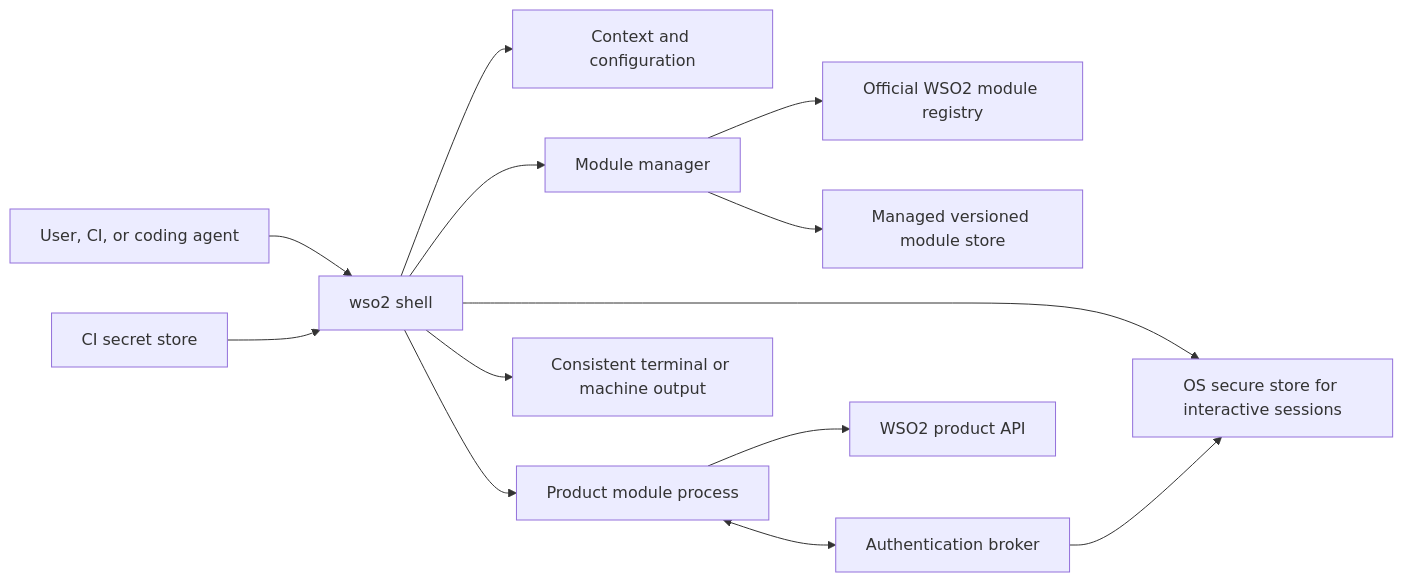
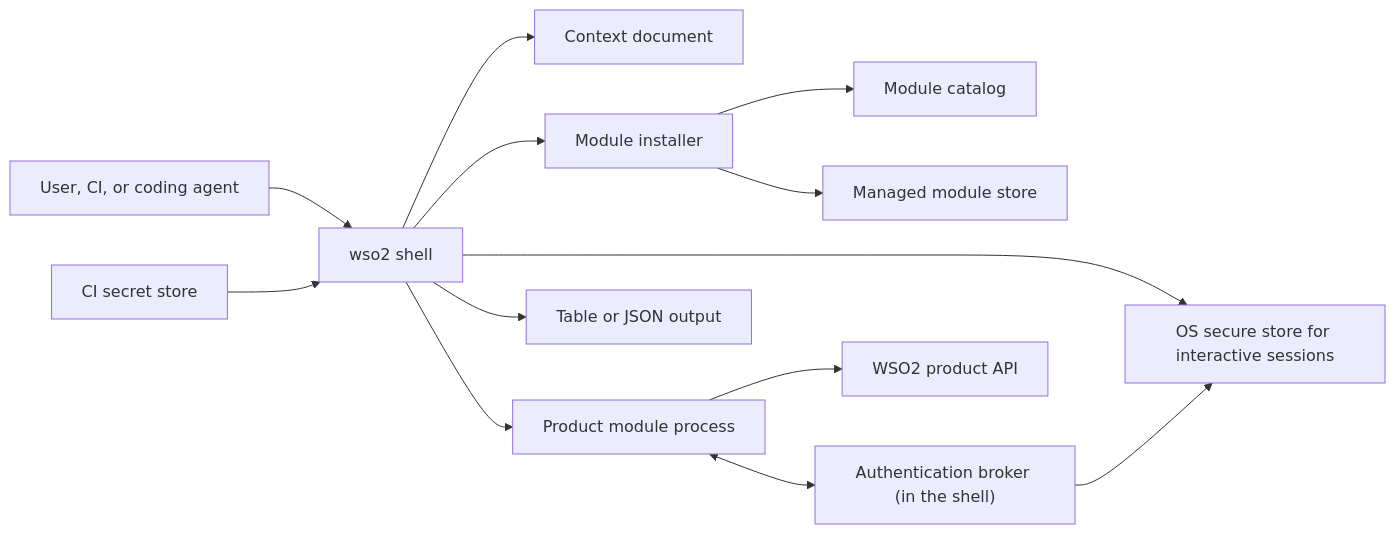
Before and after one commit to kanushka/wso2-cli: the first of 2 diagrams in docs/architecture.md, drawn with Mermaid. The commit also changed other lines of this file and 84 other files, not shown here.

````diff
--- a/docs/architecture.md
+++ b/docs/architecture.md
@@ -45,15 +48,15 @@
 ```mermaid
 flowchart LR
     U["User, CI, or coding agent"] --> H["wso2 shell"]
-    H --> C["Context and configuration"]
+    H --> C["Context document"]
     H --> K["OS secure store for interactive sessions"]
     J["CI secret store"] --> H
-    H --> M["Module manager"]
-    M --> R["Official WSO2 module registry"]
-    M --> S["Managed versioned module store"]
+    H --> M["Module installer"]
+    M --> R["Module catalog"]
+    M --> S["Managed module store"]
     H --> P["Product module process"]
-    P <--> A["Authentication broker"]
+    P <--> A["Authentication broker (in the shell)"]
     A --> K
     P --> W["WSO2 product API"]
-    H --> O["Consistent terminal or machine output"]
+    H --> O["Table or JSON output"]
 ```
````
